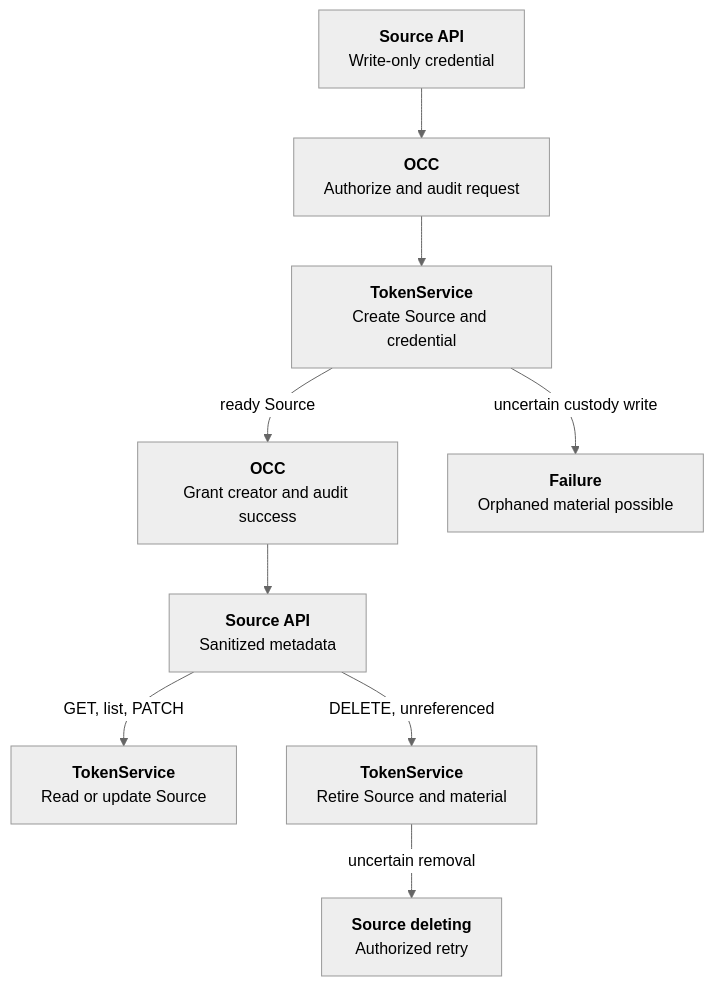
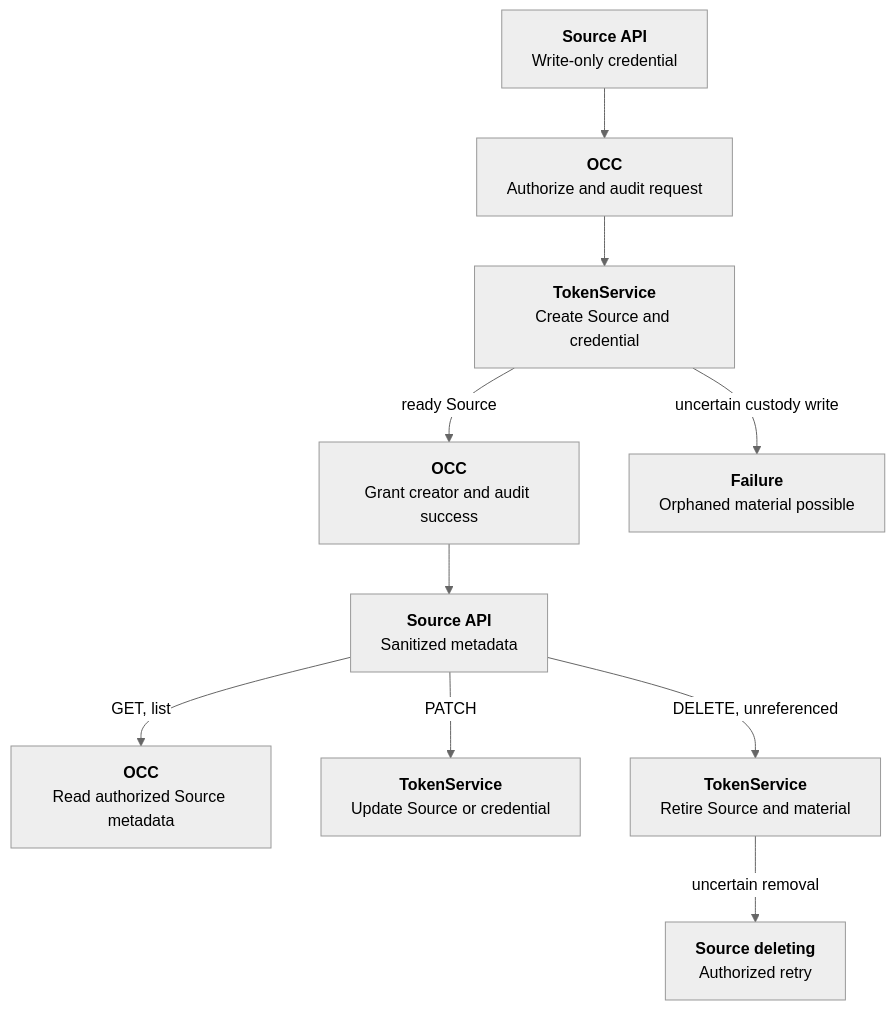
Before and after one commit to openclaw/openclaw-enterprise: the diagram in docs/flows/token-service-static-custody.md, drawn with Mermaid (neutral theme). The commit also changed other lines of this file and 8 other files, not shown here.

Commit message:
Read credential source metadata from the shared catalog

````diff
--- a/docs/flows/token-service-static-custody.md
+++ b/docs/flows/token-service-static-custody.md
@@ -24,11 +24,12 @@
 ```mermaid
 graph TD
   A["<b>Source API</b><br/>Write-only credential"] --> B["<b>OCC</b><br/>Authorize and audit request"]
   B --> C["<b>TokenService</b><br/>Create Source and credential"]
   C -->|ready Source| D["<b>OCC</b><br/>Grant creator and audit success"]
   C -->|uncertain custody write| E["<b>Failure</b><br/>Orphaned material possible"]
   D --> F["<b>Source API</b><br/>Sanitized metadata"]
-  F -->|GET, list, PATCH| G["<b>TokenService</b><br/>Read or update Source"]
+  F -->|GET, list| J["<b>OCC</b><br/>Read authorized Source metadata"]
+  F -->|PATCH| G["<b>TokenService</b><br/>Update Source or credential"]
   F -->|DELETE, unreferenced| H["<b>TokenService</b><br/>Retire Source and material"]
   H -->|uncertain removal| I["<b>Source deleting</b><br/>Authorized retry"]
 ```
````
